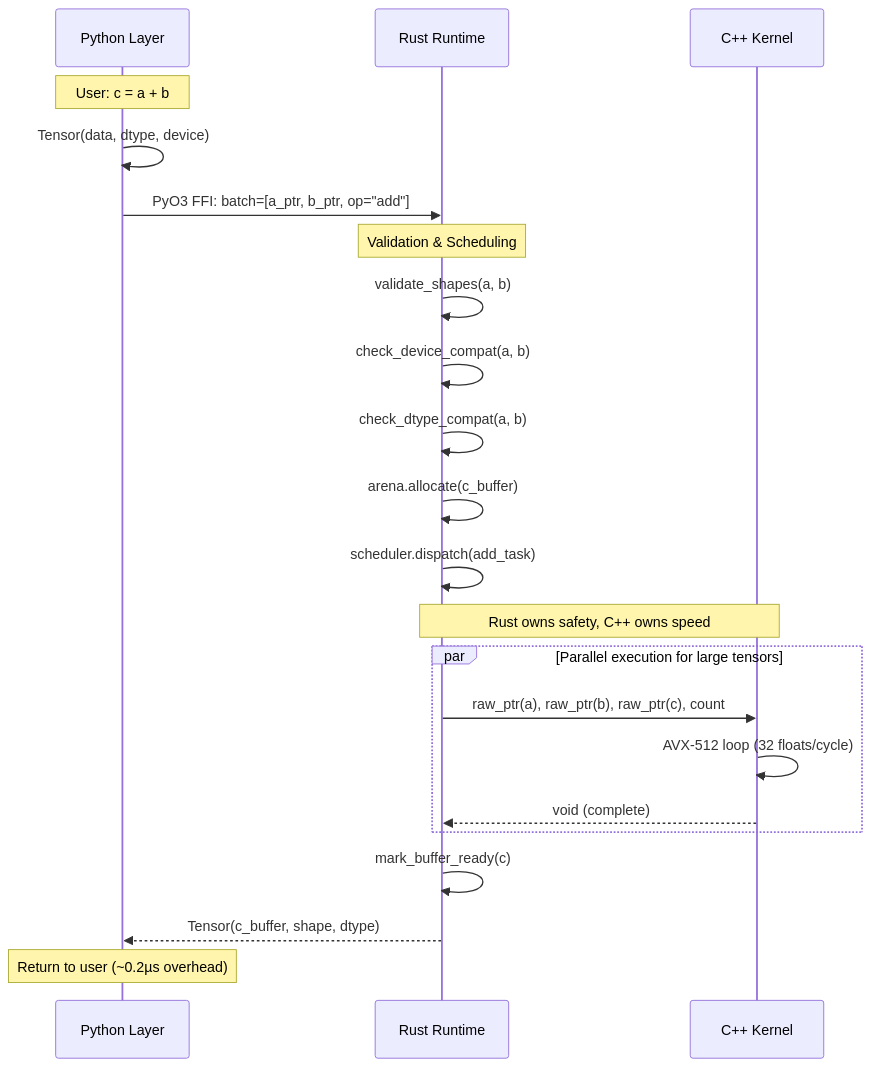
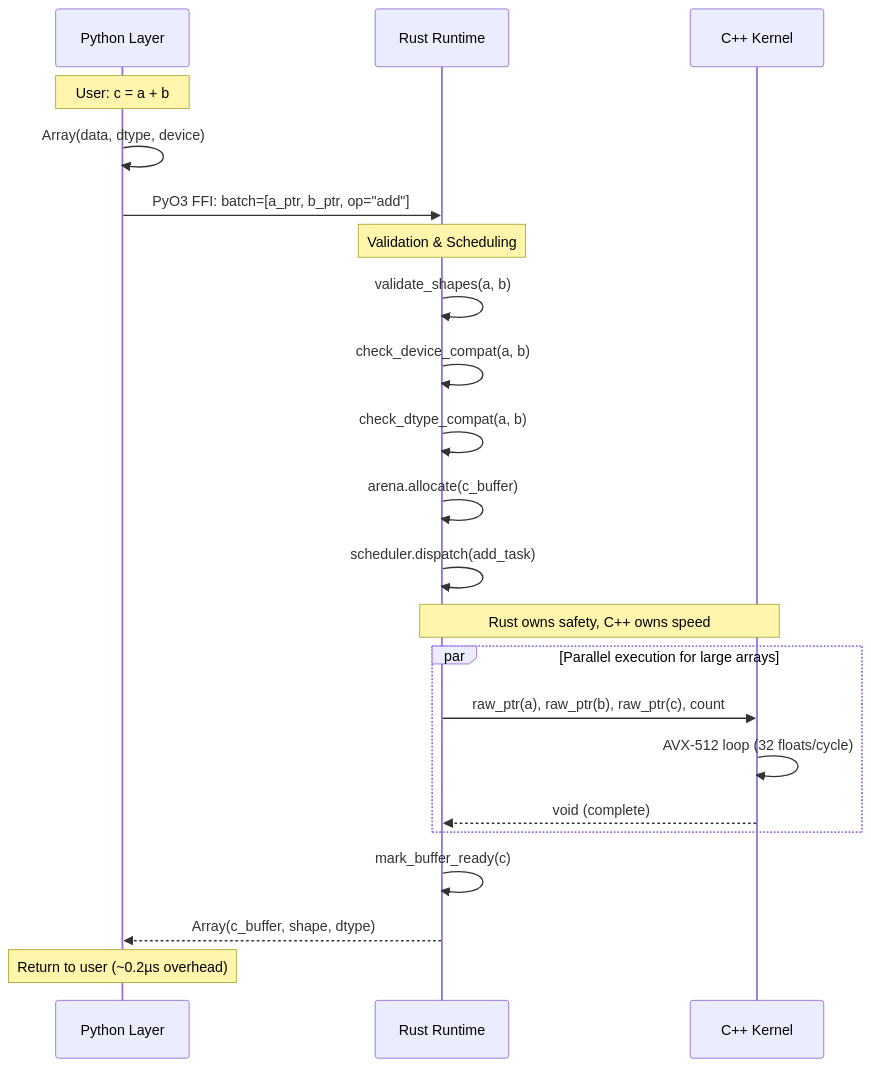
Before and after one commit to ai-foundation-software/corepy: the diagram in docs/03_architecture/execution_model.md, drawn with Mermaid. The commit also changed other lines of this file and 248 other files, not shown here.

````diff
--- a/docs/03_architecture/execution_model.md
+++ b/docs/03_architecture/execution_model.md
@@ -31,29 +31,29 @@
 ```mermaid
 sequenceDiagram
     participant P as Python Layer
     participant R as Rust Runtime
     participant C as C++ Kernel
     
     Note over P: User: c = a + b
-    P->>P: Tensor(data, dtype, device)
+    P->>P: Array(data, dtype, device)
     P->>R: PyO3 FFI: batch=[a_ptr, b_ptr, op="add"]
     
     Note over R: Validation & Scheduling
     R->>R: validate_shapes(a, b)
     R->>R: check_device_compat(a, b)
     R->>R: check_dtype_compat(a, b)
     R->>R: arena.allocate(c_buffer)
     R->>R: scheduler.dispatch(add_task)
     
     Note over R,C: Rust owns safety, C++ owns speed
-    par Parallel execution for large tensors
+    par Parallel execution for large arrays
         R->>C: raw_ptr(a), raw_ptr(b), raw_ptr(c), count
         C->>C: AVX-512 loop (32 floats/cycle)
         C-->>R: void (complete)
     end
     
     R->>R: mark_buffer_ready(c)
-    R-->>P: Tensor(c_buffer, shape, dtype)
+    R-->>P: Array(c_buffer, shape, dtype)
     
     Note over P: Return to user (~0.2µs overhead)
 ```
````
